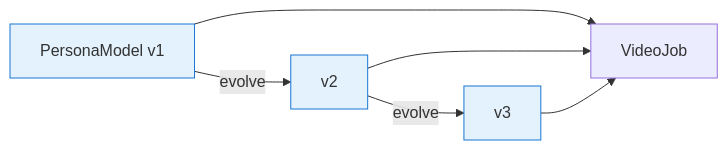
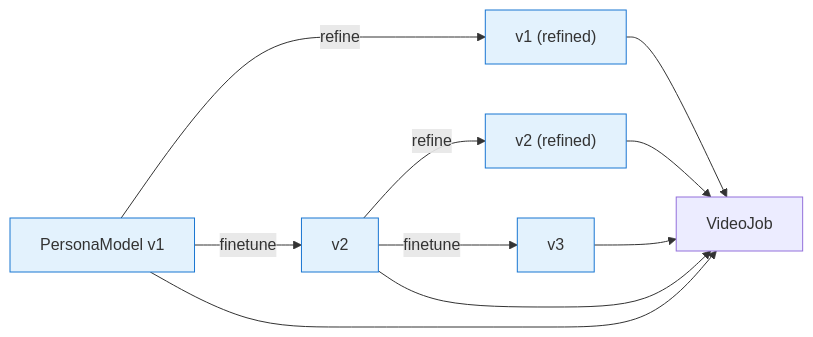
Before and after one commit to growdu/avcore: the second of 10 diagrams in docs/design.md, drawn with Mermaid. The commit also changed other lines of this file and 10 other files, not shown here.

First line of the commit message:
docs: 拆 evolve 为 refine+finetune — 区分数据迭代与模型微调

````diff
--- a/docs/design.md
+++ b/docs/design.md
@@ -20,9 +47,13 @@
 ```mermaid
 flowchart LR
-    P1["PersonaModel v1"]:::snap -->|evolve| P2["v2"]:::snap
-    P2 -->|evolve| P3["v3"]:::snap
+    P1["PersonaModel v1"]:::snap -->|refine| P1r["v1 (refined)"]:::snap
+    P1 -->|finetune| P2["v2"]:::snap
+    P2 -->|refine| P2r["v2 (refined)"]:::snap
+    P2 -->|finetune| P3["v3"]:::snap
     P1 --> R[VideoJob]
     P2 --> R
     P3 --> R
+    P1r --> R
+    P2r --> R
     classDef snap fill:#e3f2fd,stroke:#1976d2
 ```
````
